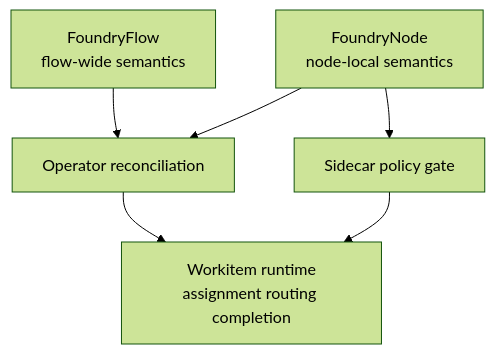
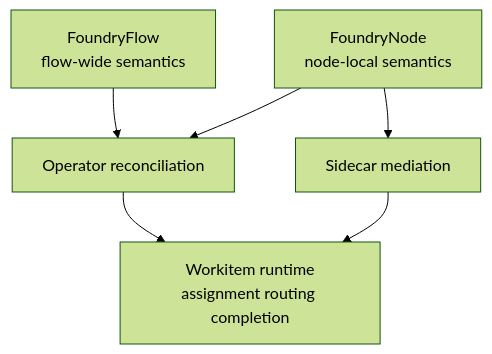
Before and after one commit to really-knows-ai/gideas: the first of 3 diagrams in 02-flow/05-configuration.md, drawn with Mermaid (forest theme). The commit also changed other lines of this file and 3 other files, not shown here.

Commit message:
docs: refine Workitem transition guards and clarify Sidecar mediation in configuration

````diff
--- a/02-flow/05-configuration.md
+++ b/02-flow/05-configuration.md
@@ -22,8 +22,8 @@
 ```mermaid
 flowchart TB
     FF["FoundryFlow<br/>flow-wide semantics"] --> OP["Operator reconciliation"]
     FN["FoundryNode<br/>node-local semantics"] --> OP
     OP --> WI["Workitem runtime<br/>assignment routing completion"]
-    FN --> SC["Sidecar policy gate"]
+    FN --> SC["Sidecar mediation"]
     SC --> WI
 ```
````
